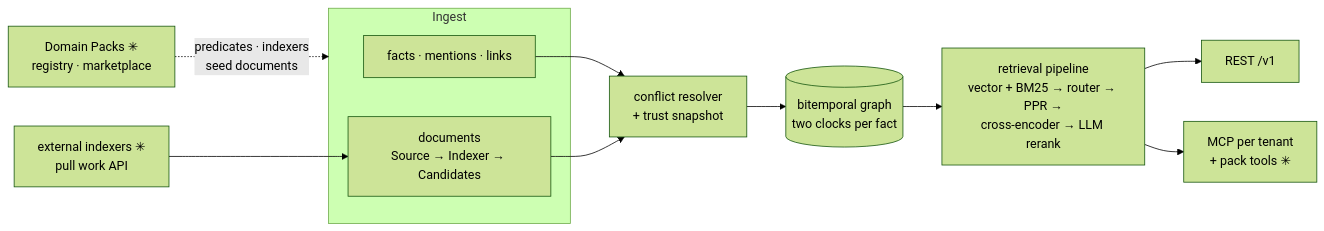
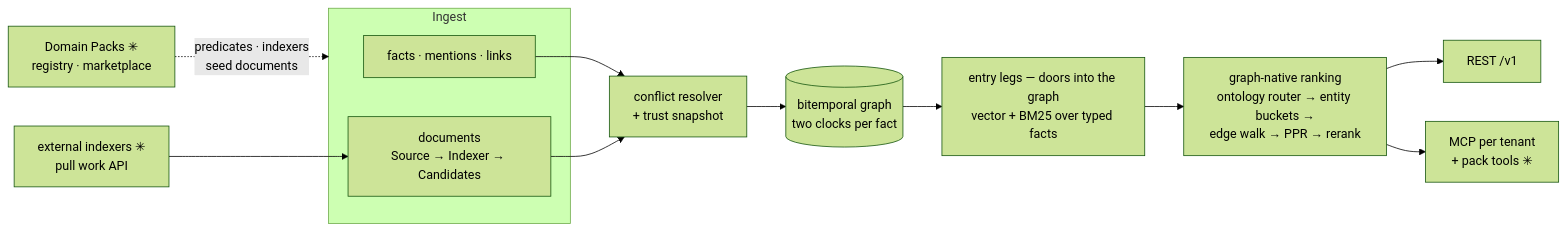
Before and after one commit to inite-ai/inite-brain-service: the diagram in README.md, drawn with Mermaid (forest theme). The commit also changed other lines of this file and 5 other files, not shown here.

First line of the commit message:
docs: graph-first retrieval framing — vector is the door, not the ranking (#222)

````diff
--- a/README.md
+++ b/README.md
@@ -40,15 +40,16 @@
 ```mermaid
 flowchart LR
   subgraph ingest ["Ingest"]
     facts["facts · mentions · links"]
     docs["documents<br/>Source → Indexer → Candidates"]
   end
   ext["external indexers ✳<br/>pull work API"] --> docs
   packs["Domain Packs ✳<br/>registry · marketplace"] -. "predicates · indexers<br/>seed documents" .-> ingest
   facts --> resolver["conflict resolver<br/>+ trust snapshot"]
   docs --> resolver
   resolver --> kg[("bitemporal graph<br/>two clocks per fact")]
-  kg --> retrieval["retrieval pipeline<br/>vector + BM25 → router → PPR →<br/>cross-encoder → LLM rerank"]
-  retrieval --> rest["REST /v1"]
-  retrieval --> mcp["MCP per tenant<br/>+ pack tools ✳"]
+  kg --> entry["entry legs — doors into the graph<br/>vector + BM25 over typed facts"]
+  entry --> rank["graph-native ranking<br/>ontology router → entity buckets →<br/>edge walk → PPR → rerank"]
+  rank --> rest["REST /v1"]
+  rank --> mcp["MCP per tenant<br/>+ pack tools ✳"]
 ```
````
